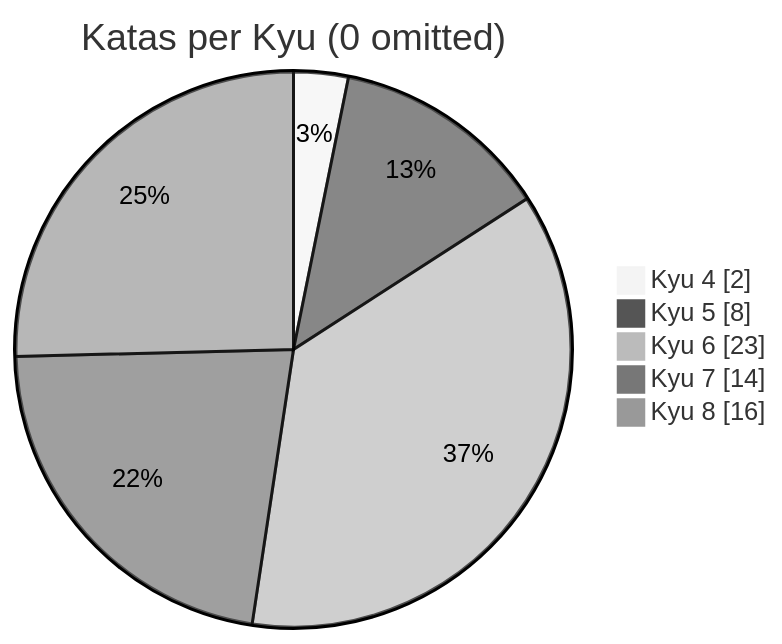
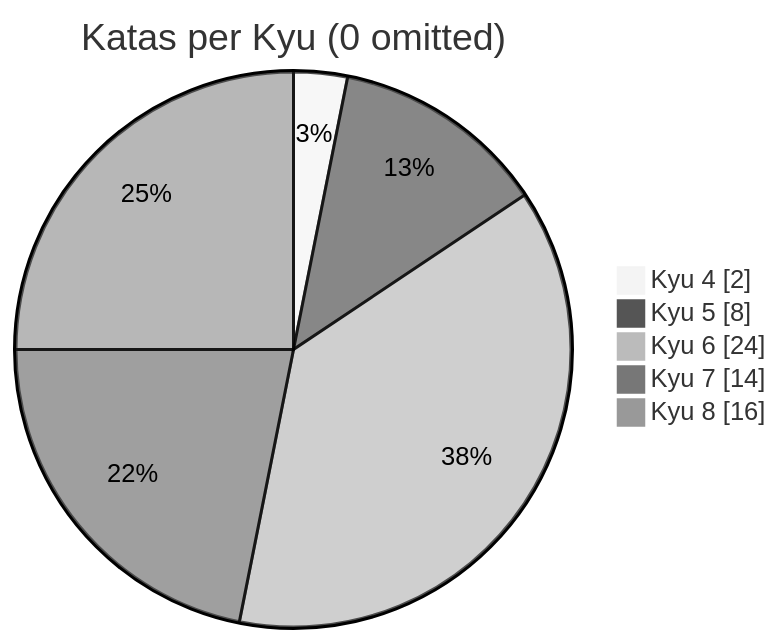
One commit to MauricioLudwig/codewars-typescript changed the diagram in README.md. Above: the diagram before and after it, drawn with Mermaid (neutral theme). The commit also changed other lines of this file, not shown here.

````diff
--- a/README.md
+++ b/README.md
@@ -20,9 +20,9 @@
 ```mermaid
 pie showData
     title Katas per Kyu (0 omitted)
 	"Kyu 4": 2
 	"Kyu 5": 8
-	"Kyu 6": 23
+	"Kyu 6": 24
 	"Kyu 7": 14
 	"Kyu 8": 16
 ```
````
